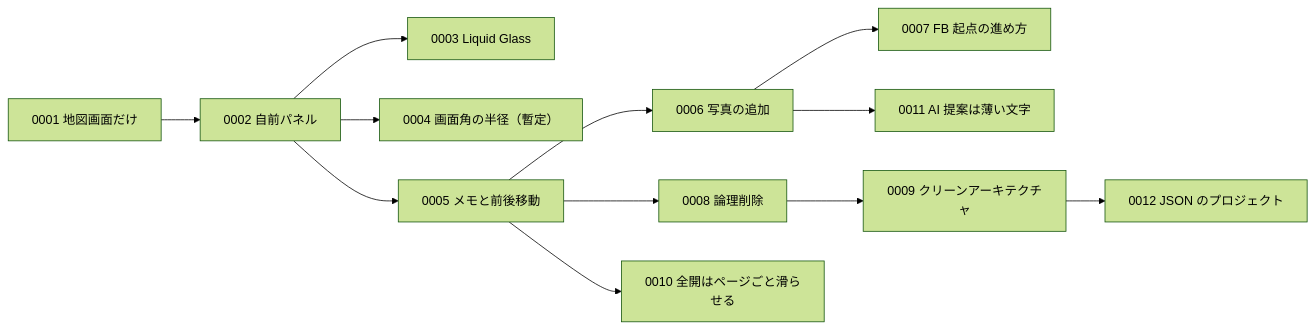
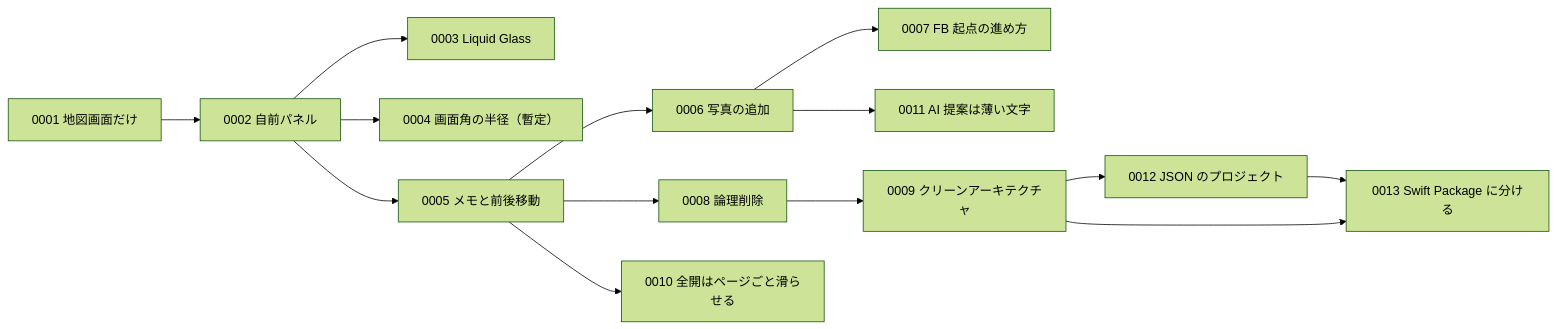
One commit to akidon0000/tabi-memo changed the diagram in docs/adr/README.md. Above: the diagram before and after it, drawn with Mermaid (forest theme). The commit also changed other lines of this file and 162 other files, not shown here.

First line of the commit message:
層と画面を Swift Package に分け、アプリのプロジェクトは殻だけにする

````diff
--- a/docs/adr/README.md
+++ b/docs/adr/README.md
@@ -43,14 +44,16 @@
 ```mermaid
 flowchart LR
     0001["0001 地図画面だけ"] --> 0002["0002 自前パネル"]
     0002 --> 0003["0003 Liquid Glass"]
     0002 --> 0004["0004 画面角の半径（暫定）"]
     0002 --> 0005["0005 メモと前後移動"]
     0005 --> 0006["0006 写真の追加"]
     0006 --> 0007["0007 FB 起点の進め方"]
     0005 --> 0008["0008 論理削除"]
     0008 --> 0009["0009 クリーンアーキテクチャ"]
     0005 --> 0010["0010 全開はページごと滑らせる"]
     0006 --> 0011["0011 AI 提案は薄い文字"]
     0009 --> 0012["0012 JSON のプロジェクト"]
+    0012 --> 0013["0013 Swift Package に分ける"]
+    0009 --> 0013
 ```
````
